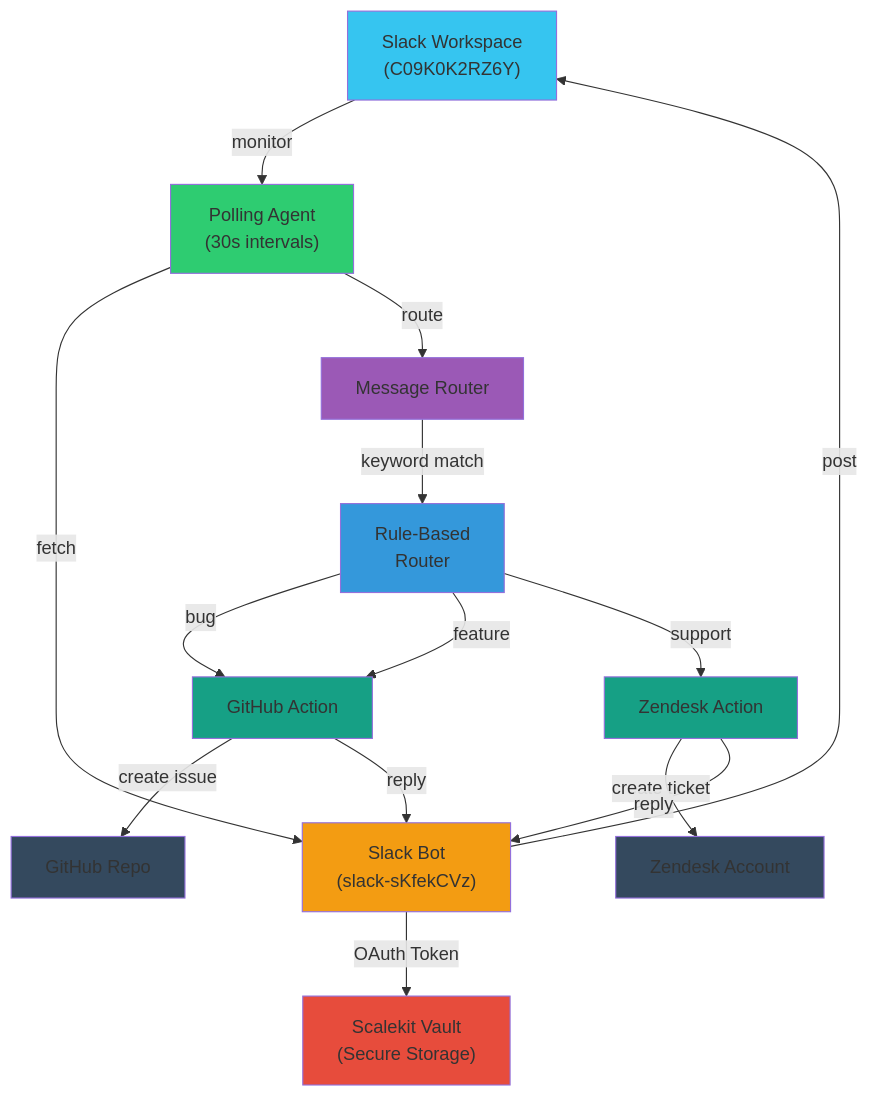
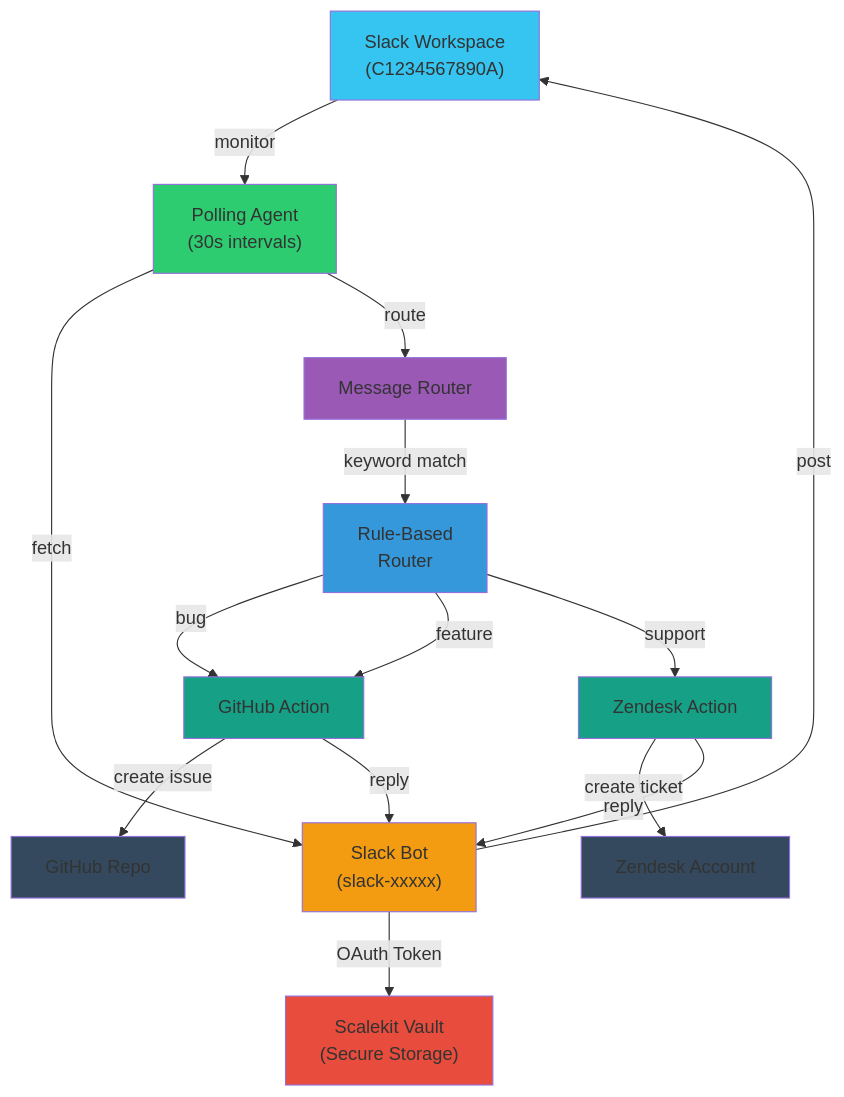
One commit to scalekit-developers/workflow-agents-demos changed the diagram in slack-triage-agent/README.md. Above: the diagram before and after it, drawn with Mermaid. The commit also changed other lines of this file and 3 other files, not shown here.

````diff
--- a/slack-triage-agent/README.md
+++ b/slack-triage-agent/README.md
@@ -27,32 +27,32 @@
 ```mermaid
 graph TD
-    A["Slack Workspace<br/>(C09K0K2RZ6Y)"] -->|monitor| B["Polling Agent<br/>(30s intervals)"]
+    A["Slack Workspace<br/>(C1234567890A)"] -->|monitor| B["Polling Agent<br/>(30s intervals)"]
     
-    B -->|fetch| C["Slack Bot<br/>(slack-sKfekCVz)"]
+    B -->|fetch| C["Slack Bot<br/>(slack-xxxxx)"]
     C -->|OAuth Token| D["Scalekit Vault<br/>(Secure Storage)"]
     
     B -->|route| E["Message Router"]
     E -->|keyword match| F["Rule-Based<br/>Router"]
     
     F -->|bug| H["GitHub Action"]
     F -->|feature| H
     F -->|support| I["Zendesk Action"]
     
     H -->|create issue| J["GitHub Repo"]
     I -->|create ticket| K["Zendesk Account"]
     
     H -->|reply| C
     I -->|reply| C
     C -->|post| A
     
     style A fill:#36c5f0
     style B fill:#2ecc71
     style C fill:#f39c12
     style D fill:#e74c3c
     style E fill:#9b59b6
     style F fill:#3498db
     style H fill:#16a085
     style I fill:#16a085
     style J fill:#34495e
     style K fill:#34495e
 ```
````
